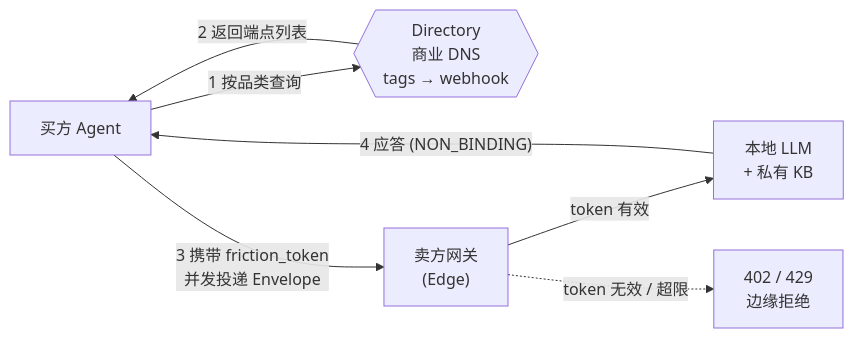
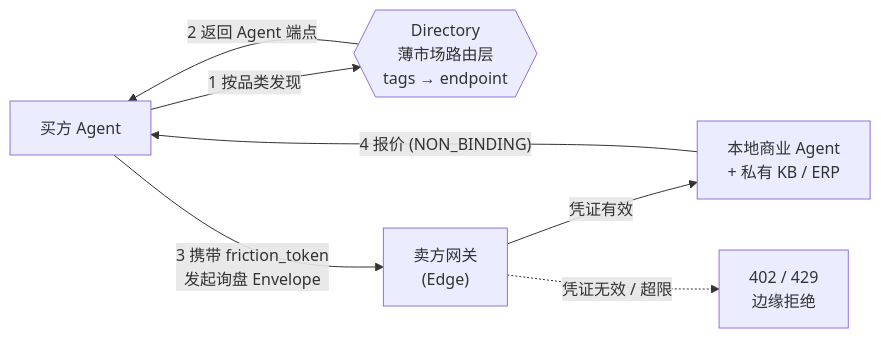
The diagram in README.zh-CN.md (isbeingto/OpenFlea), drawn with Mermaid before and after one commit. The commit also changed other lines of this file and 6 other files, not shown here.

````diff
--- a/README.zh-CN.md
+++ b/README.zh-CN.md
@@ -42,15 +60,15 @@
 ```mermaid
 flowchart LR
     B["买方 Agent"]
-    D{{"Directory<br/>商业 DNS<br/>tags → webhook"}}
+    D{{"Directory<br/>薄市场路由层<br/>tags → endpoint"}}
     G["卖方网关<br/>(Edge)"]
-    L["本地 LLM<br/>+ 私有 KB"]
+    L["本地商业 Agent<br/>+ 私有 KB / ERP"]
     X["402 / 429<br/>边缘拒绝"]
 
-    B -->|"1 按品类查询"| D
-    D -->|"2 返回端点列表"| B
-    B -->|"3 携带 friction_token<br/>并发投递 Envelope"| G
-    G -->|"token 有效"| L
-    G -.->|"token 无效 / 超限"| X
-    L -->|"4 应答 (NON_BINDING)"| B
+    B -->|"1 按品类发现"| D
+    D -->|"2 返回 Agent 端点"| B
+    B -->|"3 携带 friction_token<br/>发起询盘 Envelope"| G
+    G -->|"凭证有效"| L
+    G -.->|"凭证无效 / 超限"| X
+    L -->|"4 报价 (NON_BINDING)"| B
 ```
````
